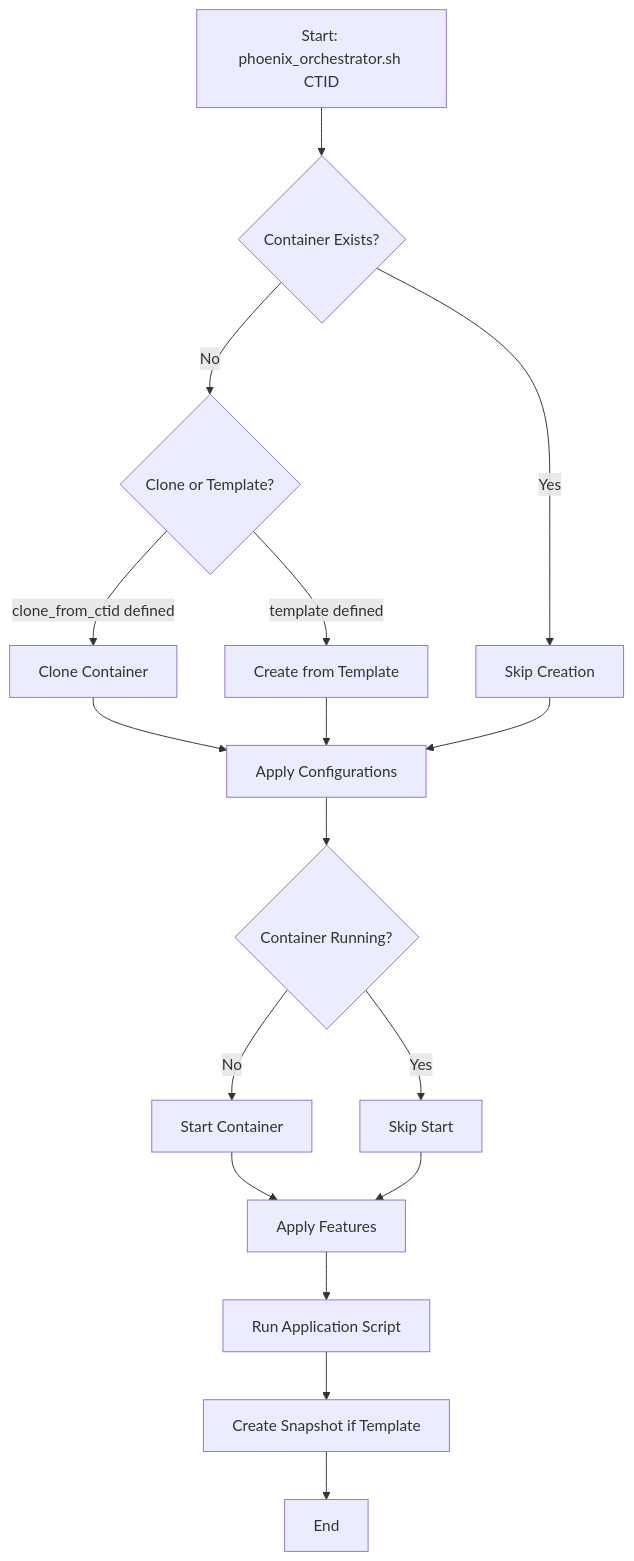
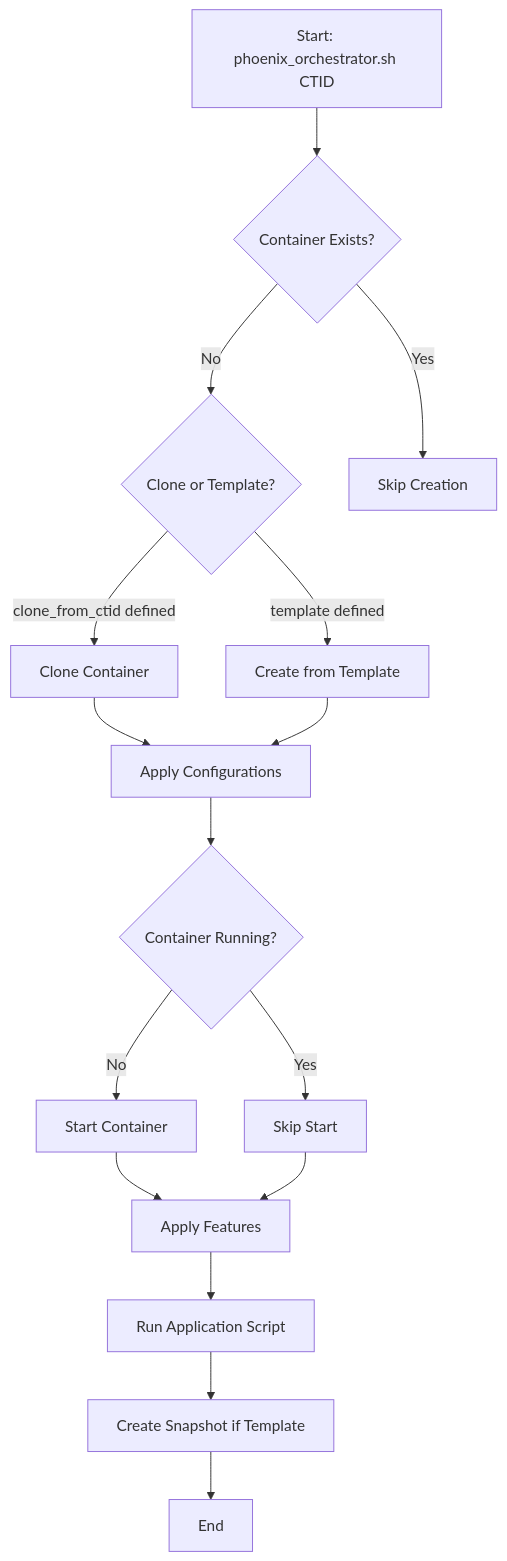
One commit to SirHeads/Testing-ideas changed the first of 3 diagrams in phoenix_hypervisor/project_documents/phoenix_hypervisor_architecture.md. Above: the diagram before and after it, drawn with Mermaid. The commit also changed other lines of this file and 49 other files, not shown here.

````diff
--- a/phoenix_hypervisor/project_documents/phoenix_hypervisor_architecture.md
+++ b/phoenix_hypervisor/project_documents/phoenix_hypervisor_architecture.md
@@ -32,19 +40,18 @@
 ```mermaid
 graph TD
     A[Start: phoenix_orchestrator.sh CTID] --> B{Container Exists?};
     B -- No --> C{Clone or Template?};
     B -- Yes --> G[Skip Creation];
     C -- clone_from_ctid defined --> D[Clone Container];
     C -- template defined --> E[Create from Template];
     D --> F[Apply Configurations];
     E --> F;
-    G --> F;
     F --> H{Container Running?};
     H -- No --> I[Start Container];
     H -- Yes --> J[Skip Start];
     I --> K[Apply Features];
     J --> K;
     K --> L[Run Application Script];
     L --> M[Create Snapshot if Template];
     M --> N[End];
 ```
````
